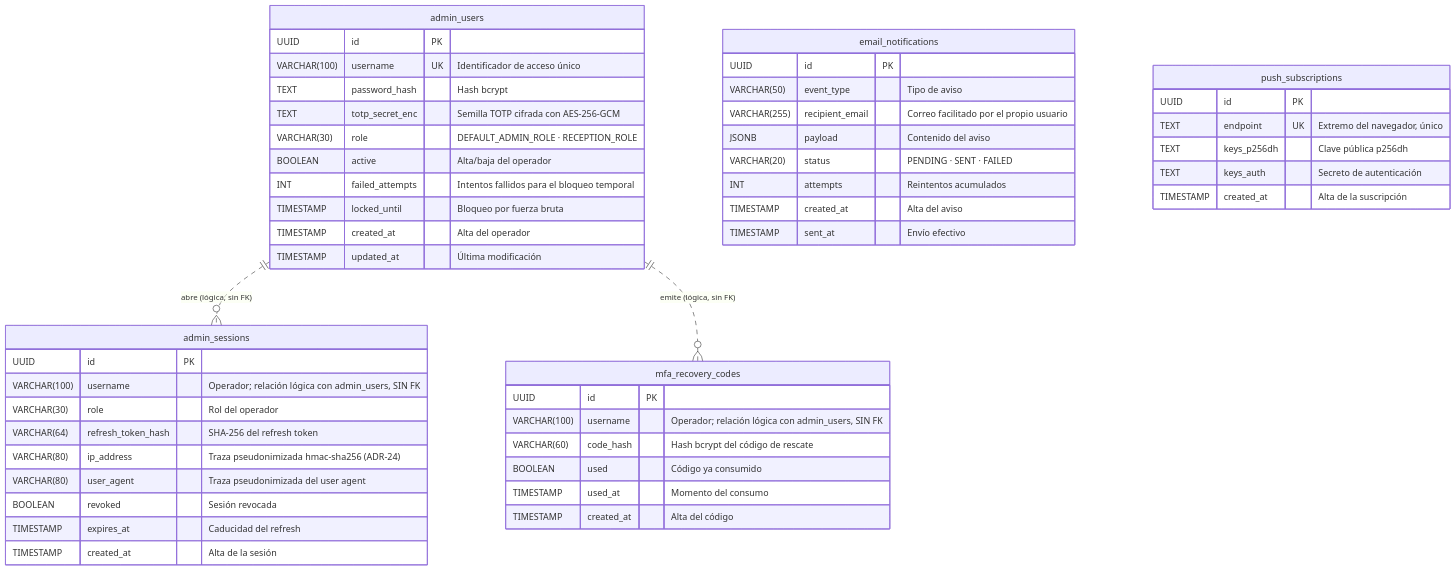
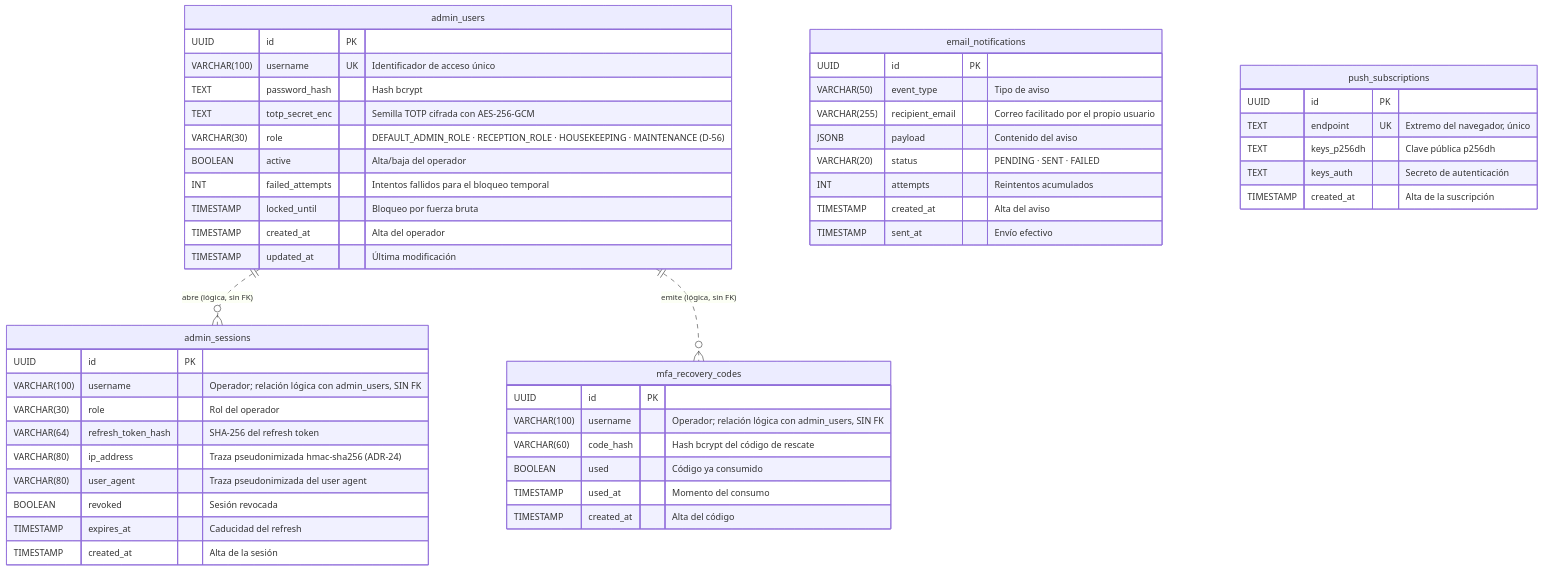
The third of 7 diagrams in RepoTecnico/diagrama_er.md (anlucorporations/hotel-room-mcp-trazable), drawn with Mermaid before and after one commit. The commit also changed other lines of this file and 97 other files, not shown here.

````diff
--- a/RepoTecnico/diagrama_er.md
+++ b/RepoTecnico/diagrama_er.md
@@ -175,58 +178,58 @@
 ```mermaid
 erDiagram
     admin_users {
         UUID id PK
         VARCHAR(100) username UK "Identificador de acceso único"
         TEXT password_hash "Hash bcrypt"
         TEXT totp_secret_enc "Semilla TOTP cifrada con AES-256-GCM"
-        VARCHAR(30) role "DEFAULT_ADMIN_ROLE · RECEPTION_ROLE"
+        VARCHAR(30) role "DEFAULT_ADMIN_ROLE · RECEPTION_ROLE · HOUSEKEEPING · MAINTENANCE (D-56)"
         BOOLEAN active "Alta/baja del operador"
         INT failed_attempts "Intentos fallidos para el bloqueo temporal"
         TIMESTAMP locked_until "Bloqueo por fuerza bruta"
         TIMESTAMP created_at "Alta del operador"
         TIMESTAMP updated_at "Última modificación"
     }
 
     admin_sessions {
         UUID id PK
         VARCHAR(100) username "Operador; relación lógica con admin_users, SIN FK"
         VARCHAR(30) role "Rol del operador"
         VARCHAR(64) refresh_token_hash "SHA-256 del refresh token"
         VARCHAR(80) ip_address "Traza pseudonimizada hmac-sha256 (ADR-24)"
         VARCHAR(80) user_agent "Traza pseudonimizada del user agent"
         BOOLEAN revoked "Sesión revocada"
         TIMESTAMP expires_at "Caducidad del refresh"
         TIMESTAMP created_at "Alta de la sesión"
     }
 
     mfa_recovery_codes {
         UUID id PK
         VARCHAR(100) username "Operador; relación lógica con admin_users, SIN FK"
         VARCHAR(60) code_hash "Hash bcrypt del código de rescate"
         BOOLEAN used "Código ya consumido"
         TIMESTAMP used_at "Momento del consumo"
         TIMESTAMP created_at "Alta del código"
     }
 
     email_notifications {
         UUID id PK
         VARCHAR(50) event_type "Tipo de aviso"
         VARCHAR(255) recipient_email "Correo facilitado por el propio usuario"
         JSONB payload "Contenido del aviso"
         VARCHAR(20) status "PENDING · SENT · FAILED"
         INT attempts "Reintentos acumulados"
         TIMESTAMP created_at "Alta del aviso"
         TIMESTAMP sent_at "Envío efectivo"
     }
 
     push_subscriptions {
         UUID id PK
         TEXT endpoint UK "Extremo del navegador, único"
         TEXT keys_p256dh "Clave pública p256dh"
         TEXT keys_auth "Secreto de autenticación"
         TIMESTAMP created_at "Alta de la suscripción"
     }
 
     admin_users ||..o{ admin_sessions : "abre (lógica, sin FK)"
     admin_users ||..o{ mfa_recovery_codes : "emite (lógica, sin FK)"
 ```
````
